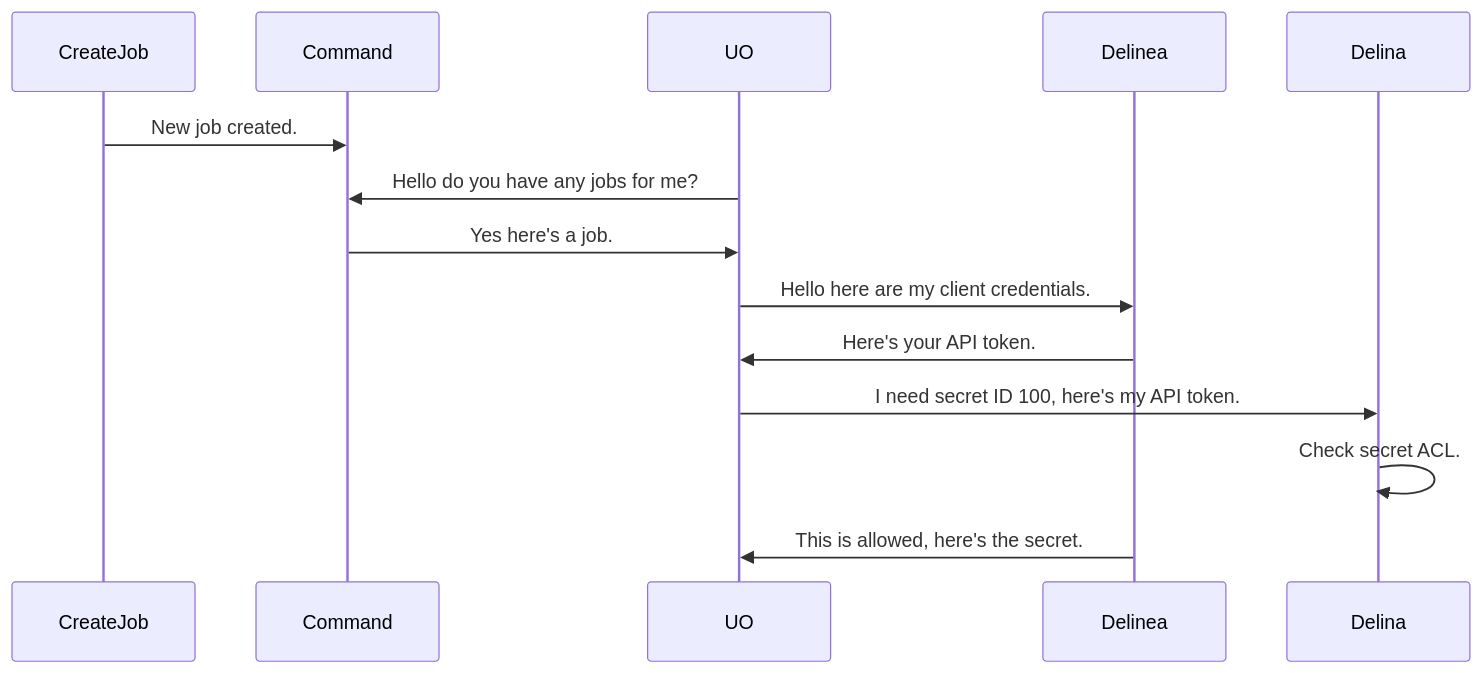
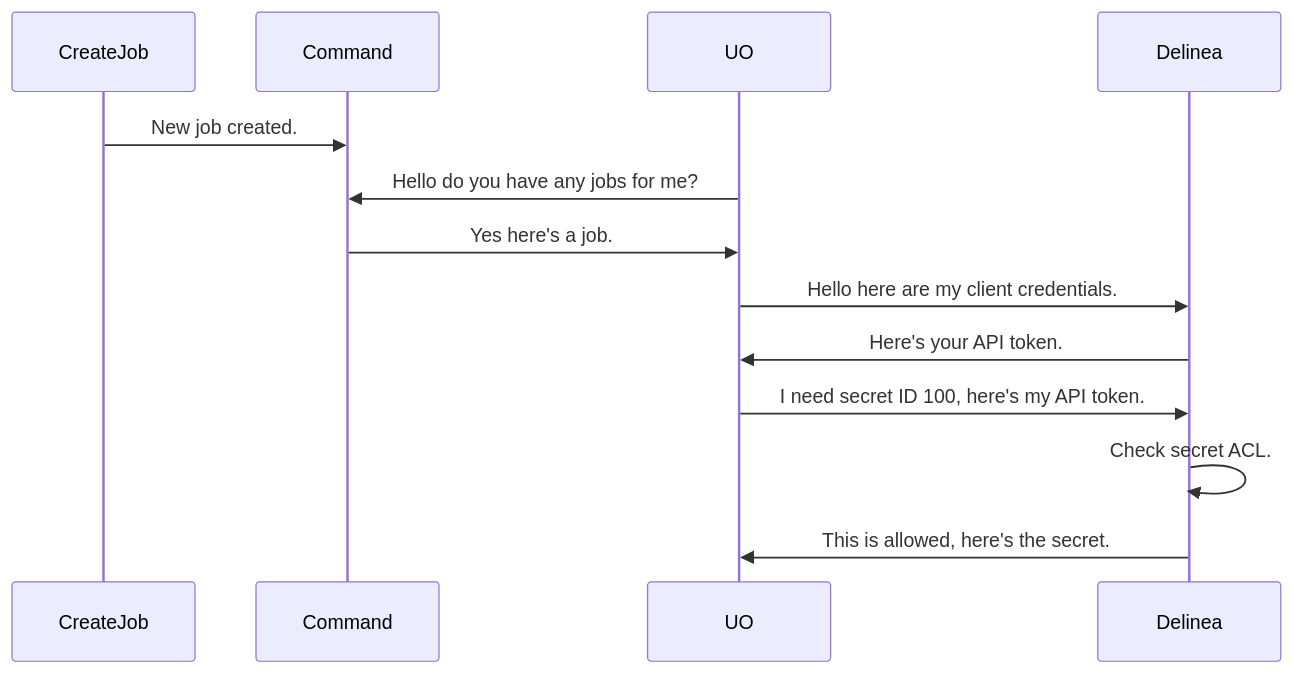
Before and after one commit to Keyfactor/delinea-secretserver-pam: the first of 2 diagrams in readme-src/readme-config.md, drawn with Mermaid.

Commit message:
chore(docs): Fix spelling

````diff
--- a/readme-src/readme-config.md
+++ b/readme-src/readme-config.md
@@ -18,11 +18,11 @@
 ```mermaid
 sequenceDiagram
     CreateJob->>Command: New job created.
     UO->>Command: Hello do you have any jobs for me?
     Command->>UO: Yes here's a job.
     UO->>Delinea: Hello here are my client credentials.
     Delinea->>UO: Here's your API token.
-    UO->>Delina: I need secret ID 100, here's my API token.
-    Delina->>Delina: Check secret ACL.
+    UO->>Delinea: I need secret ID 100, here's my API token.
+    Delinea->>Delinea: Check secret ACL.
     Delinea->>UO: This is allowed, here's the secret. 
 ```
````
